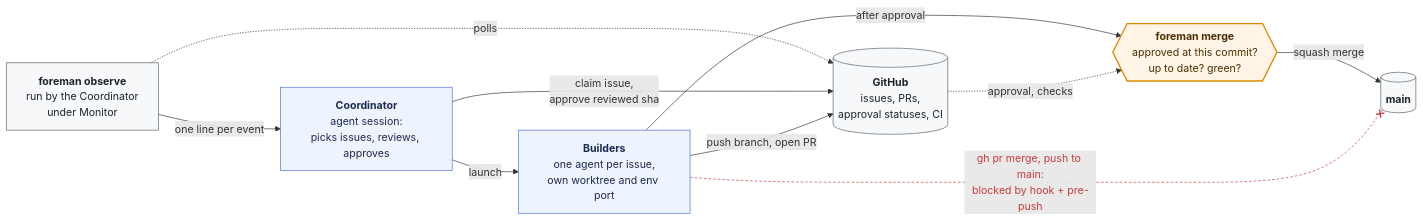
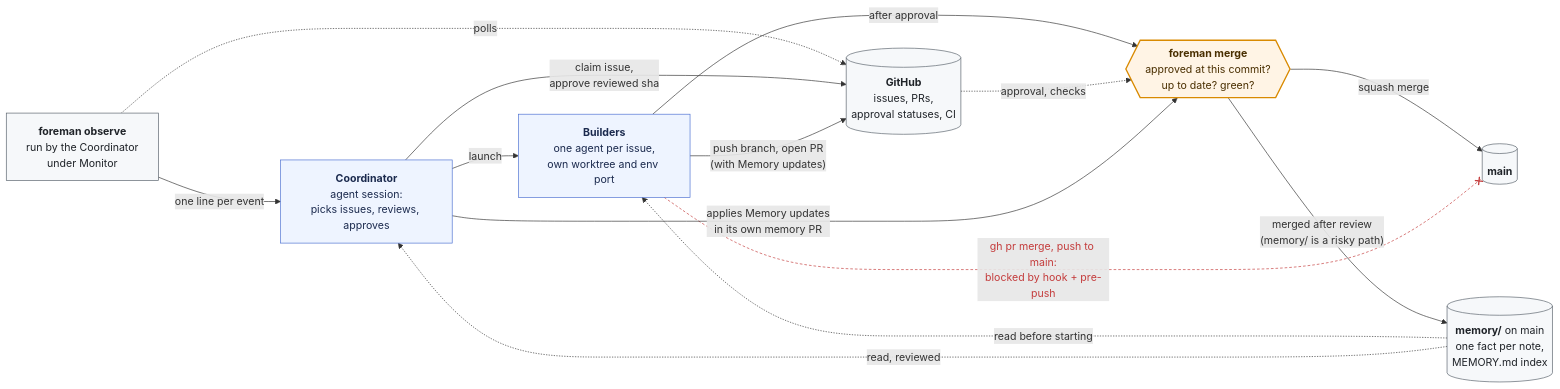
One commit to smknaqvi/foreman changed the first of 3 diagrams in README.md. Above: the diagram before and after it, drawn with Mermaid. The commit also changed other lines of this file and 17 other files, not shown here.

````diff
--- a/README.md
+++ b/README.md
@@ -17,27 +18,32 @@
 ```mermaid
 flowchart LR
     obs["<b>foreman observe</b><br/>run by the Coordinator<br/>under Monitor"]
     coord["<b>Coordinator</b><br/>agent session:<br/>picks issues, reviews, approves"]
     bld["<b>Builders</b><br/>one agent per issue,<br/>own worktree and env port"]
     gh[("<b>GitHub</b><br/>issues, PRs,<br/>approval statuses, CI")]
     gate{{"<b>foreman merge</b><br/>approved at this commit?<br/>up to date? green?"}}
     main[("<b>main</b>")]
+    mem[("<b>memory/</b> on main<br/>one fact per note,<br/>MEMORY.md index")]
 
     obs -- "one line per event" --> coord
     obs -. "polls" .-> gh
     coord -- "launch" --> bld
     coord -- "claim issue,<br/>approve reviewed sha" --> gh
-    bld -- "push branch, open PR" --> gh
+    bld -- "push branch, open PR<br/>(with Memory updates)" --> gh
     bld -- "after approval" --> gate
     gh -. "approval, checks" .-> gate
     gate -- "squash merge" --> main
     bld --x|"gh pr merge, push to main:<br/>blocked by hook + pre-push"| main
+    mem -. "read before starting" .-> bld
+    mem -. "read, reviewed" .-> coord
+    coord -- "applies Memory updates<br/>in its own memory PR" --> gate
+    gate -- "merged after review<br/>(memory/ is a risky path)" --> mem
 
     classDef agent fill:#eef4ff,stroke:#4a6fd1,color:#1b2a4e
     classDef proc fill:#f6f8fa,stroke:#57606a,color:#1f2328
     classDef gatecls fill:#fff4e5,stroke:#d98a00,color:#4a2f00,stroke-width:2px
     class coord,bld agent
-    class obs,gh,main proc
+    class obs,gh,main,mem proc
     class gate gatecls
     linkStyle 8 stroke:#c43c3c,color:#c43c3c,stroke-dasharray:4 3
 ```
````
